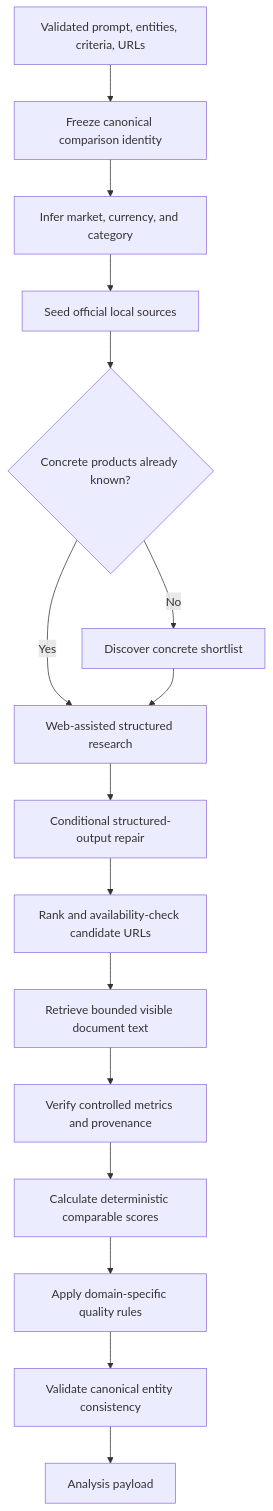
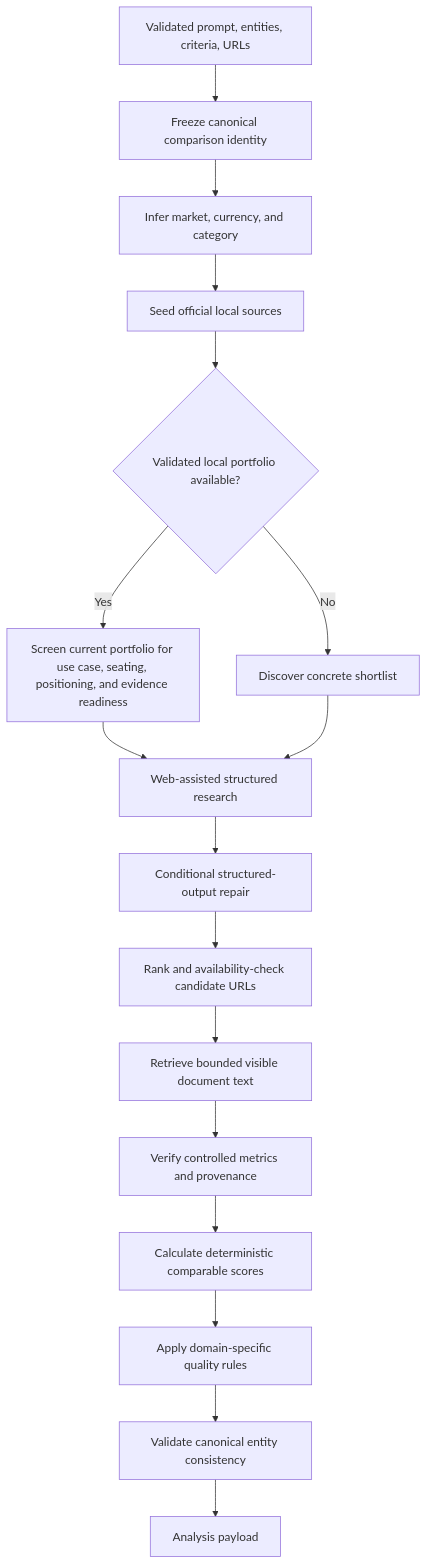
The fifth of 7 diagrams in docs/architecture-and-design.md (bharanmanivannan-sys/Vendor_Comparison_Clerk_Replit), drawn with Mermaid before and after one commit. The commit also changed other lines of this file and 13 other files, not shown here.

````diff
--- a/docs/architecture-and-design.md
+++ b/docs/architecture-and-design.md
@@ -273,34 +279,36 @@
 ```mermaid
 flowchart TD
     Input[Validated prompt, entities, criteria, URLs]
     Identity[Freeze canonical comparison identity]
     Market[Infer market, currency, and category]
     Official[Seed official local sources]
-    Discovery{Concrete products already known?}
+    Discovery{Validated local portfolio available?}
+    Portfolio[Screen current portfolio for use case, seating, positioning, and evidence readiness]
     Shortlist[Discover concrete shortlist]
     Research[Web-assisted structured research]
     Repair[Conditional structured-output repair]
     URLs[Rank and availability-check candidate URLs]
     Retrieve[Retrieve bounded visible document text]
     Verify[Verify controlled metrics and provenance]
     Normalize[Calculate deterministic comparable scores]
     Domain[Apply domain-specific quality rules]
     Canonical[Validate canonical entity consistency]
     Result[Analysis payload]
 
     Input --> Identity
     Identity --> Market
     Market --> Official
     Official --> Discovery
     Discovery -->|No| Shortlist
-    Discovery -->|Yes| Research
+    Discovery -->|Yes| Portfolio
+    Portfolio --> Research
     Shortlist --> Research
     Research --> Repair
     Repair --> URLs
     URLs --> Retrieve
     Retrieve --> Verify
     Verify --> Normalize
     Normalize --> Domain
     Domain --> Canonical
     Canonical --> Result
 ```
````
